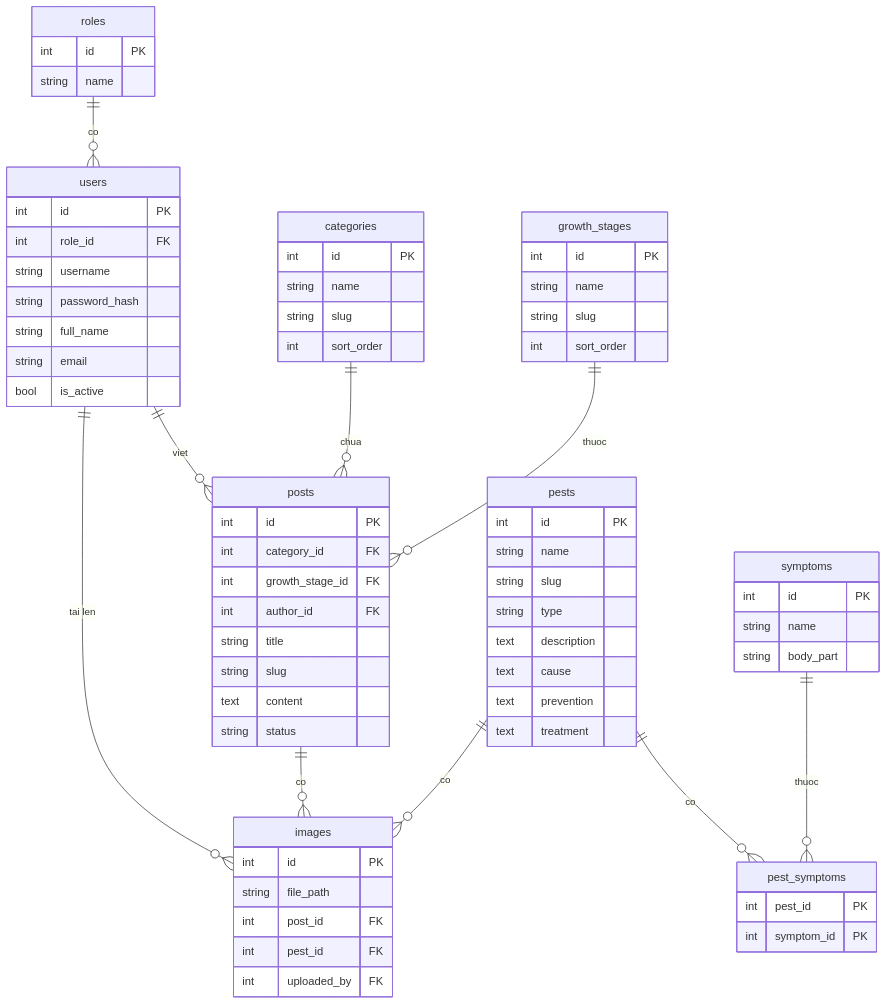
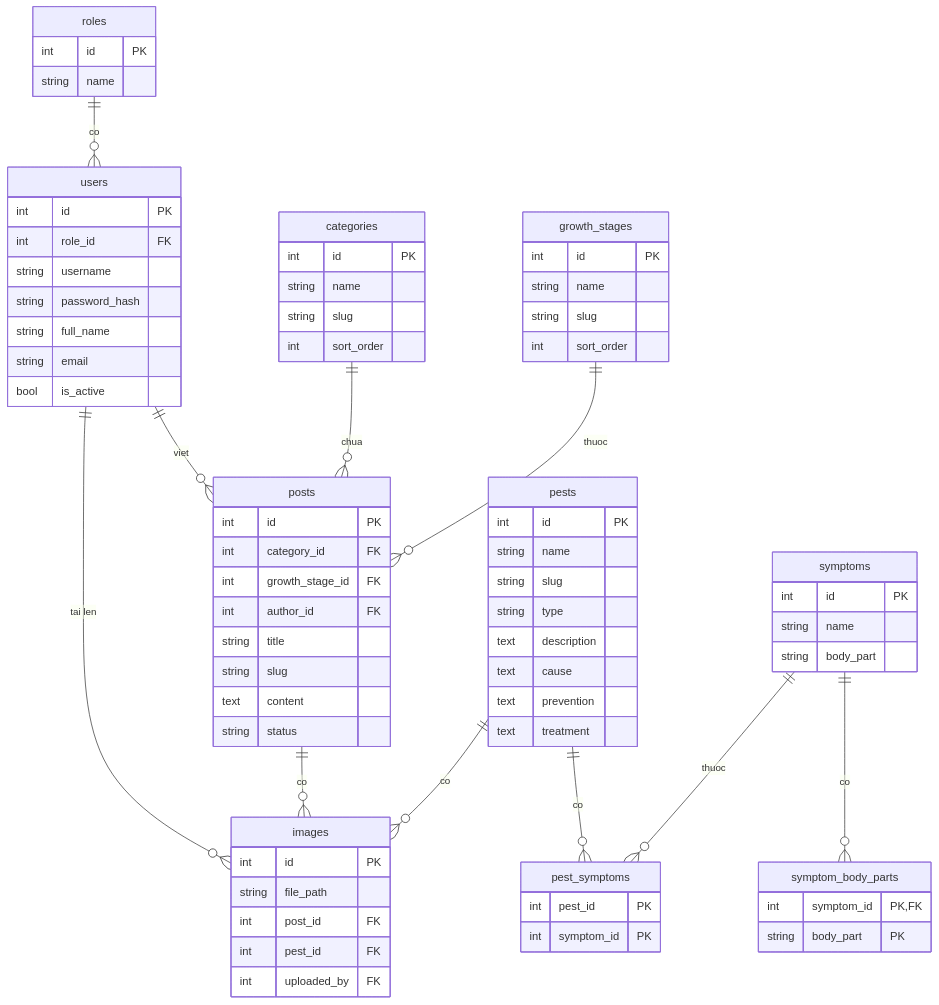
One commit to trung8104/BaoCao_TTCN_Demo- changed the diagram in docs/erd.mmd. Above: the diagram before and after it, drawn with Mermaid.

```diff
--- a/docs/erd.mmd
+++ b/docs/erd.mmd
@@ -1,19 +1,21 @@
 erDiagram
     roles ||--o{ users : "co"
     users ||--o{ posts : "viet"
     users ||--o{ images : "tai len"
     categories ||--o{ posts : "chua"
     growth_stages ||--o{ posts : "thuoc"
     posts ||--o{ images : "co"
     pests ||--o{ images : "co"
     pests ||--o{ pest_symptoms : "co"
     symptoms ||--o{ pest_symptoms : "thuoc"
+    symptoms ||--o{ symptom_body_parts : "co"
     roles { int id PK  string name }
     users { int id PK  int role_id FK  string username  string password_hash  string full_name  string email  bool is_active }
     categories { int id PK  string name  string slug  int sort_order }
     growth_stages { int id PK  string name  string slug  int sort_order }
     posts { int id PK  int category_id FK  int growth_stage_id FK  int author_id FK  string title  string slug  text content  string status }
     pests { int id PK  string name  string slug  string type  text description  text cause  text prevention  text treatment }
     symptoms { int id PK  string name  string body_part }
+    symptom_body_parts { int symptom_id PK, FK  string body_part PK }
     pest_symptoms { int pest_id PK  int symptom_id PK }
     images { int id PK  string file_path  int post_id FK  int pest_id FK  int uploaded_by FK }
```
